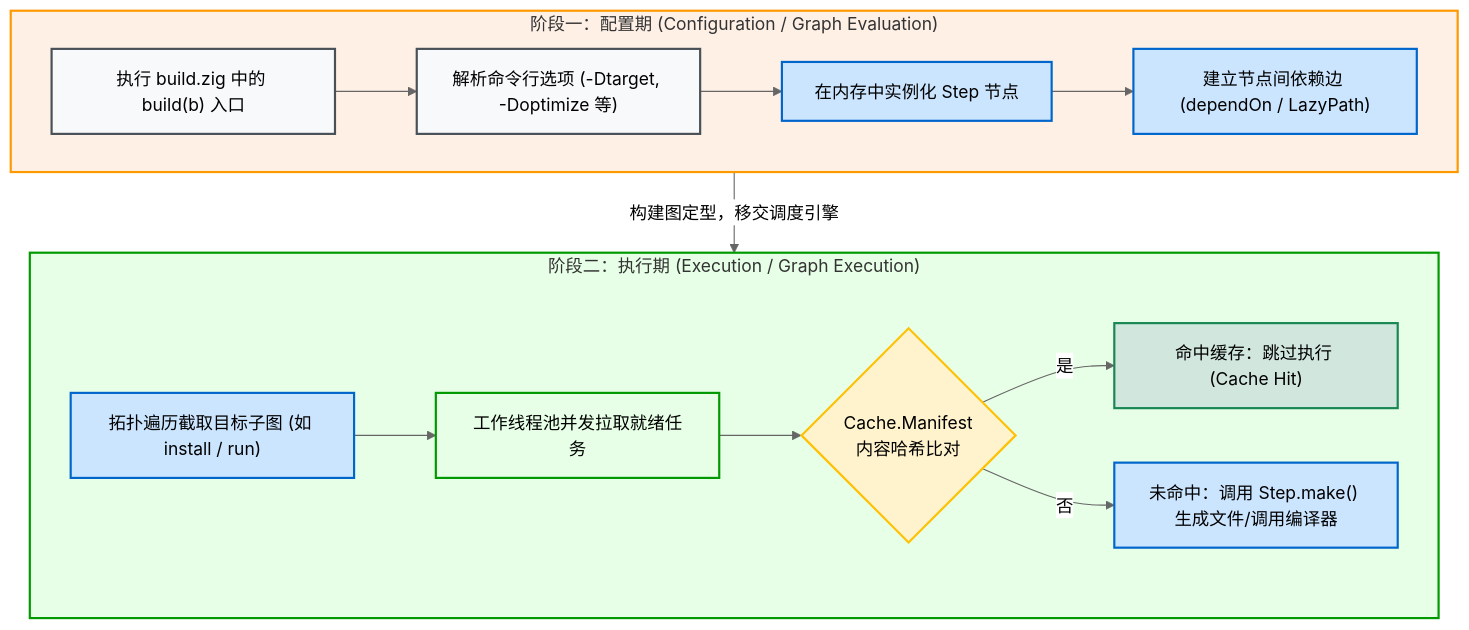
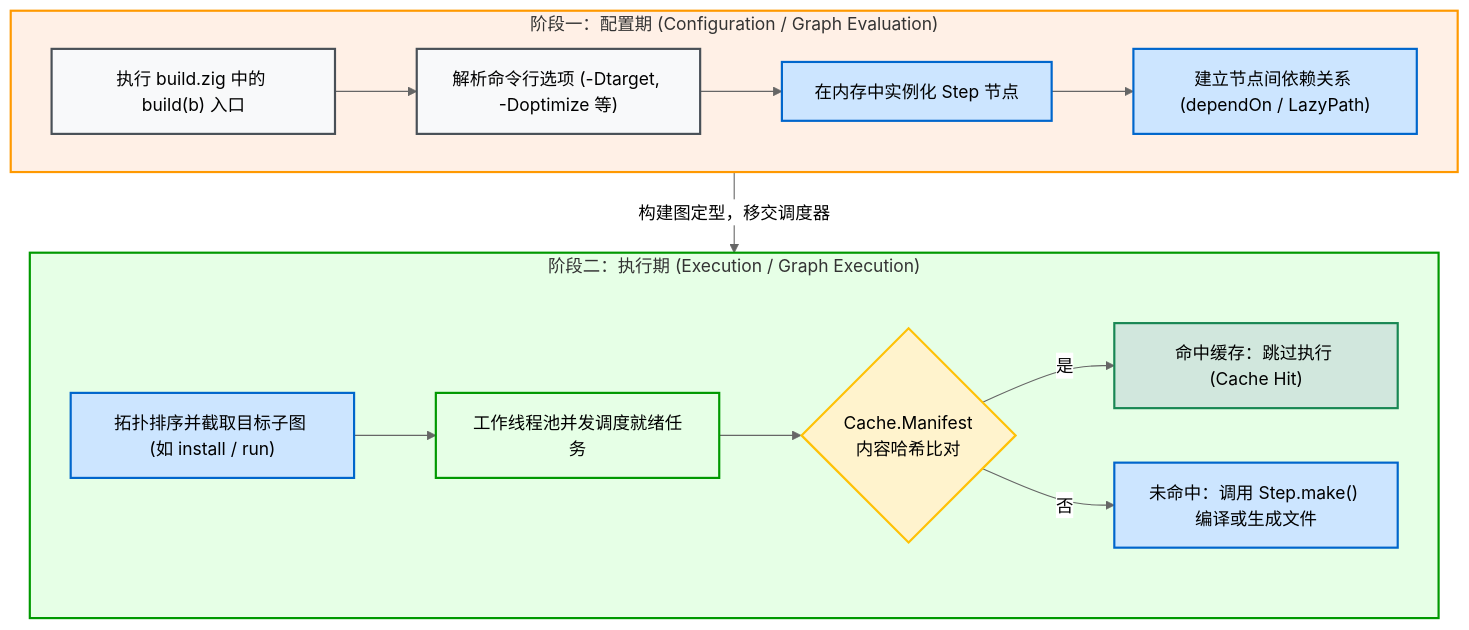
The diagram in src/part2/phases-and-lifecycle.md (jiacai2050/zig-build), drawn with Mermaid (neutral theme) before and after one commit. The commit also changed other lines of this file and 23 other files, not shown here.

````diff
--- a/src/part2/phases-and-lifecycle.md
+++ b/src/part2/phases-and-lifecycle.md
@@ -13,39 +13,39 @@
 ```mermaid
 graph TD
     subgraph Phase1 ["阶段一：配置期 (Configuration / Graph Evaluation)"]
         B_Code["执行 build.zig 中的 build(b) 入口"]
         B_Graph["在内存中实例化 Step 节点"]
         B_Option["解析命令行选项 (-Dtarget, -Doptimize 等)"]
-        B_Edge["建立节点间依赖边 (dependOn / LazyPath)"]
+        B_Edge["建立节点间依赖关系 (dependOn / LazyPath)"]
         B_Code --> B_Option
         B_Option --> B_Graph
         B_Graph --> B_Edge
     end
 
     subgraph Phase2 ["阶段二：执行期 (Execution / Graph Execution)"]
-        E_Topo["拓扑遍历截取目标子图 (如 install / run)"]
-        E_Pool["工作线程池并发拉取就绪任务"]
+        E_Topo["拓扑排序并截取目标子图 (如 install / run)"]
+        E_Pool["工作线程池并发调度就绪任务"]
         E_Cache{"Cache.Manifest<br/>内容哈希比对"}
         E_Skip["命中缓存：跳过执行 (Cache Hit)"]
-        E_Worker["未命中：调用 Step.make() 生成文件/调用编译器"]
+        E_Worker["未命中：调用 Step.make() 编译或生成文件"]
         E_Topo --> E_Pool
         E_Pool --> E_Cache
         E_Cache -- "是" --> E_Skip
         E_Cache -- "否" --> E_Worker
     end
 
-    Phase1 -- "构建图定型，移交调度引擎" --> Phase2
+    Phase1 -- "构建图定型，移交调度器" --> Phase2
 
     classDef default fill:#f8f9fa,stroke:#495057;
     style Phase1 fill:#fff0e6,stroke:#ff9900,stroke-width:2px;
     style Phase2 fill:#e6ffe6,stroke:#009900,stroke-width:2px;
     style B_Code fill:#f8f9fa,stroke:#495057,stroke-width:2px;
     style B_Option fill:#f8f9fa,stroke:#495057,stroke-width:2px;
     style B_Graph fill:#cce5ff,stroke:#0066cc,stroke-width:2px;
     style B_Edge fill:#cce5ff,stroke:#0066cc,stroke-width:2px;
     style E_Topo fill:#cce5ff,stroke:#0066cc,stroke-width:2px;
     style E_Pool fill:#e6ffe6,stroke:#009900,stroke-width:2px;
     style E_Cache fill:#fff3cd,stroke:#ffc107,stroke-width:2px;
     style E_Skip fill:#d1e7dd,stroke:#198754,stroke-width:2px;
     style E_Worker fill:#cce5ff,stroke:#0066cc,stroke-width:2px;
 ```
````
